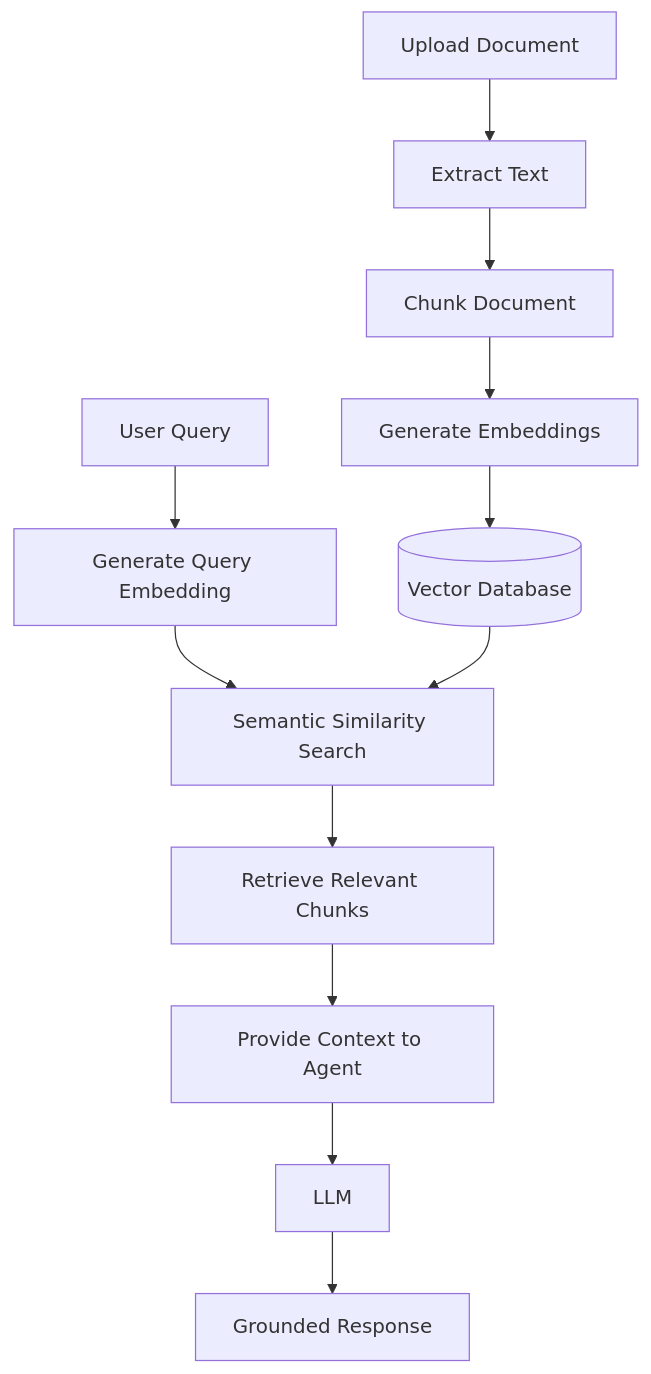
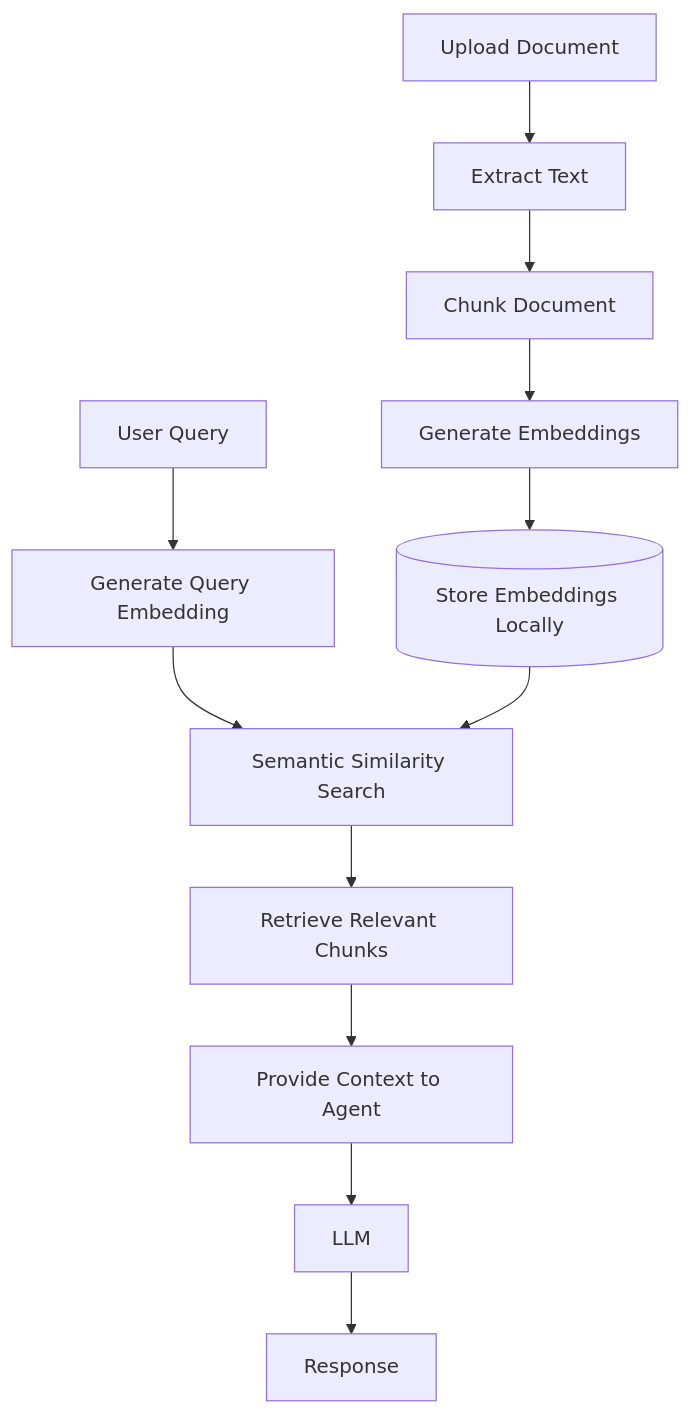
One commit to adityad3137/Agentic-AI changed the second of 2 diagrams in README.md. Above: the diagram before and after it, drawn with Mermaid. The commit also changed other lines of this file, not shown here.

````diff
--- a/README.md
+++ b/README.md
@@ -88,27 +88,27 @@
 ```mermaid
 flowchart TD
 
 A[Upload Document]
 --> B[Extract Text]
 
 B --> C[Chunk Document]
 
 C --> D[Generate Embeddings]
 
-D --> E[(Vector Database)]
+D --> E[(Store Embeddings Locally)]
 
 F[User Query]
 --> G[Generate Query Embedding]
 
 G --> H[Semantic Similarity Search]
 
 E --> H
 
 H --> I[Retrieve Relevant Chunks]
 
 I --> J[Provide Context to Agent]
 
 J --> K[LLM]
 
-K --> L[Grounded Response]
+K --> L[Response]
 ```
````
